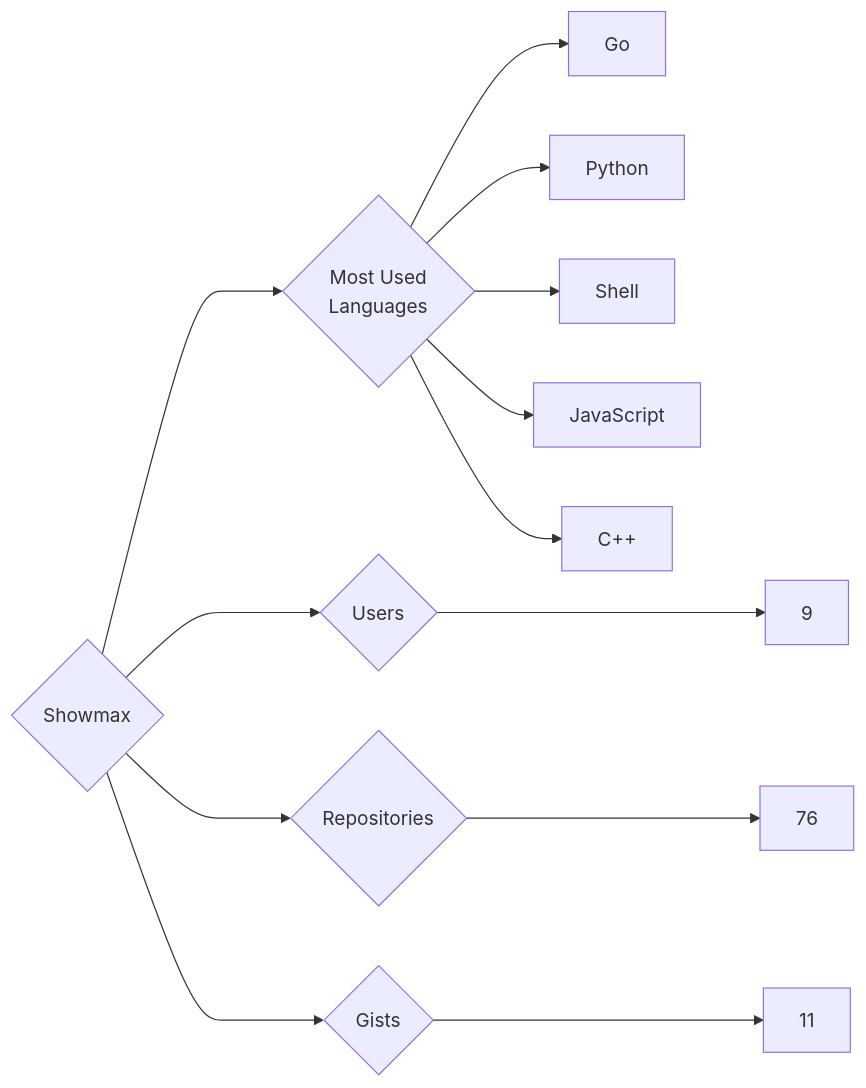
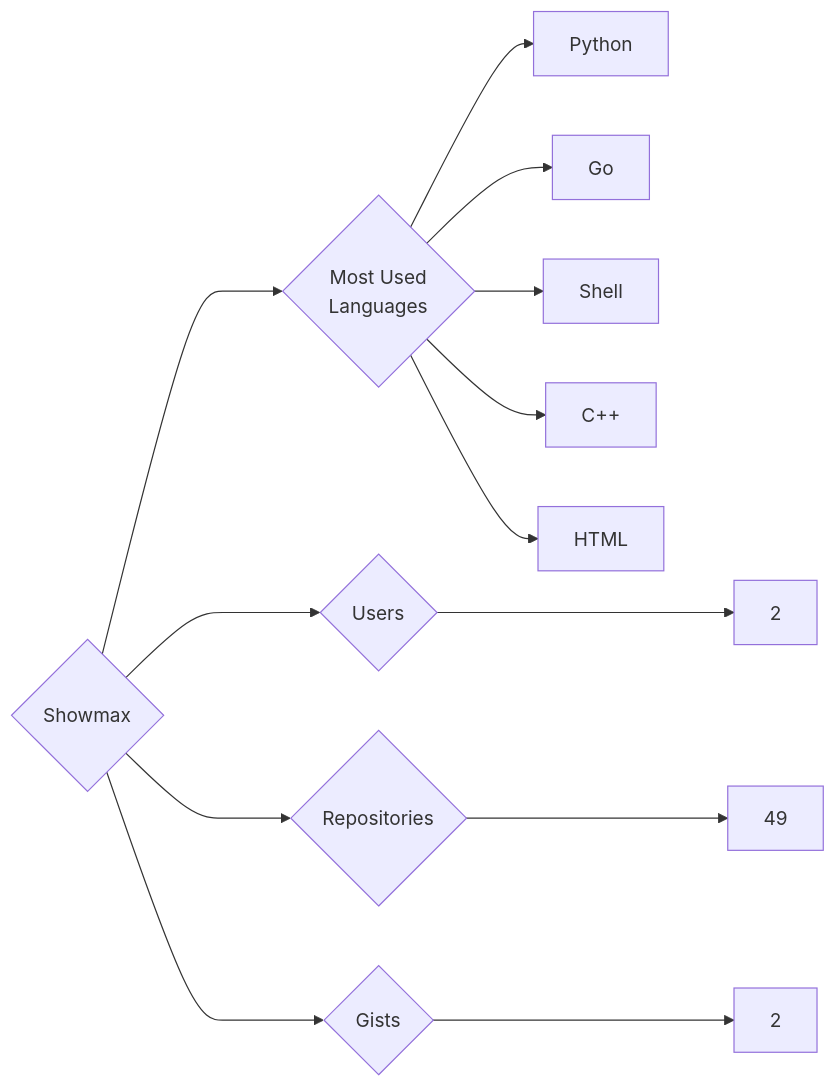
One commit to trickest/insiders changed the diagram in targets/Showmax/README.md. Above: the diagram before and after it, drawn with Mermaid. The commit also changed 870 other files, not shown here.

````diff
--- a/targets/Showmax/README.md
+++ b/targets/Showmax/README.md
@@ -3,13 +3,13 @@
 ```mermaid
 graph LR
 COMPANY_NAME{Showmax}
-COMPANY_NAME ---> U{Users} ---> UN[9]
-COMPANY_NAME ---> R{Repositories} ---> RN[76]
-COMPANY_NAME ---> G{Gists} ---> GN[11]
+COMPANY_NAME ---> U{Users} ---> UN[2]
+COMPANY_NAME ---> R{Repositories} ---> RN[49]
+COMPANY_NAME ---> G{Gists} ---> GN[2]
 COMPANY_NAME ---> ML{Most Used<br>Languages}
+ML --> Python[Python]
 ML --> Go[Go]
-ML --> Python[Python]
 ML --> Shell[Shell]
-ML --> JavaScript[JavaScript]
 ML --> C++[C++]
+ML --> HTML[HTML]
 ```
````
